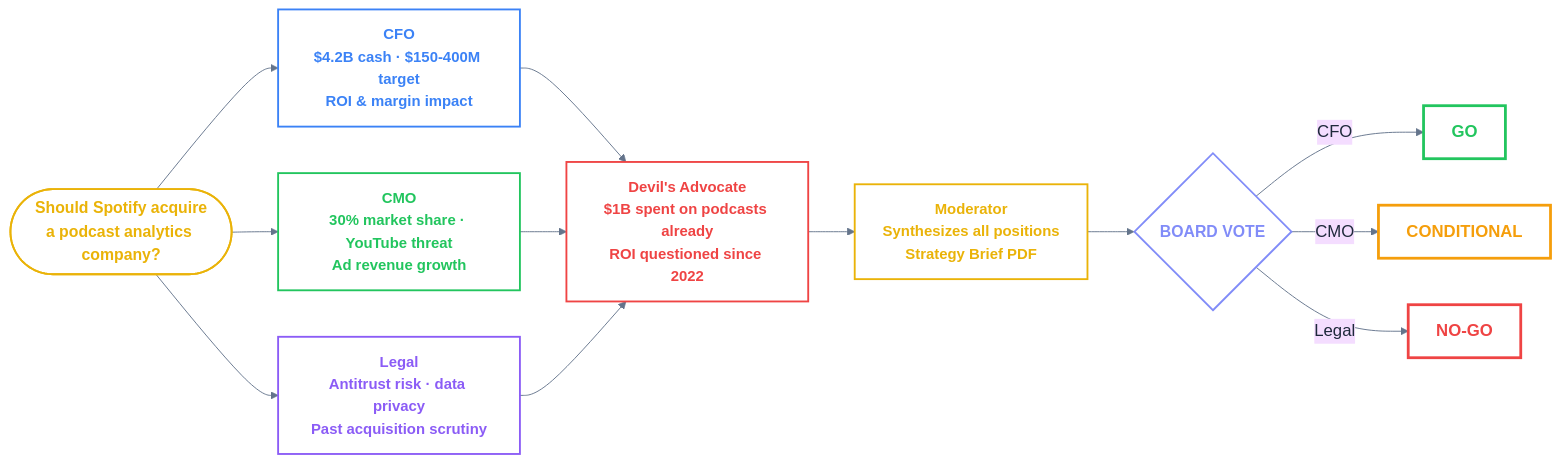
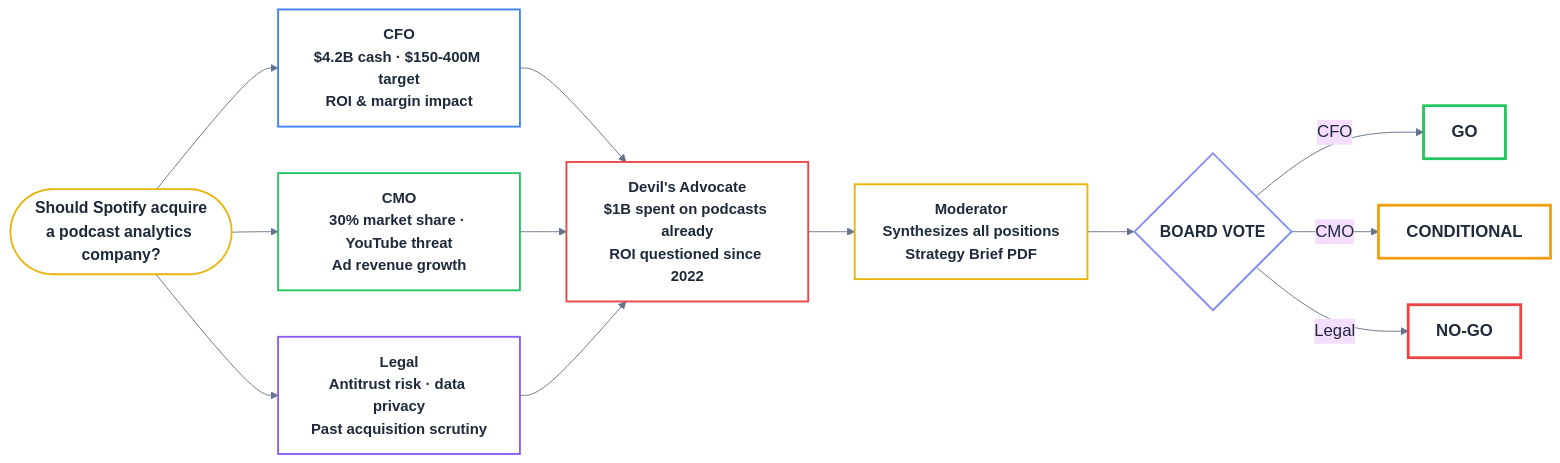
The second of 4 diagrams in README.md (Antarathapliyal31/ShadowBoard), drawn with Mermaid before and after one commit. The commit also changed other lines of this file, not shown here.

Commit message:
Change styles to use transparent fills in README

````diff
--- a/README.md
+++ b/README.md
@@ -152,31 +152,31 @@
 ```mermaid
 %%{init: {'theme': 'base', 'themeVariables': { 'fontSize': '18px', 'fontFamily': 'Segoe UI, Arial', 'primaryTextColor': '#1e293b', 'lineColor': '#64748b' }}}%%
 flowchart LR
     Q(["Should Spotify acquire\na podcast analytics company?"]):::qClass
 
     Q --> CFO["CFO\n$4.2B cash · $150-400M target\nROI & margin impact"]:::cfoClass
     Q --> CMO["CMO\n30% market share · YouTube threat\nAd revenue growth"]:::cmoClass
     Q --> LEG["Legal\nAntitrust risk · data privacy\nPast acquisition scrutiny"]:::legClass
 
     CFO --> DA["Devil's Advocate\n$1B spent on podcasts already\nROI questioned since 2022"]:::daClass
     CMO --> DA
     LEG --> DA
 
     DA --> MOD["Moderator\nSynthesizes all positions\nStrategy Brief PDF"]:::modClass
 
     MOD --> V{"BOARD VOTE"}:::voteClass
     V -->|"CFO"| GO["GO"]:::goClass
     V -->|"CMO"| COND["CONDITIONAL"]:::condClass
     V -->|"Legal"| NOGO["NO-GO"]:::nogoClass
 
-    classDef qClass fill:#fff,stroke:#eab308,color:#eab308,font-weight:bold,font-size:17px,stroke-width:2px
-    classDef cfoClass fill:#fff,stroke:#3b82f6,color:#3b82f6,font-weight:bold,font-size:16px,stroke-width:2px
-    classDef cmoClass fill:#fff,stroke:#22c55e,color:#22c55e,font-weight:bold,font-size:16px,stroke-width:2px
-    classDef legClass fill:#fff,stroke:#8b5cf6,color:#8b5cf6,font-weight:bold,font-size:16px,stroke-width:2px
-    classDef daClass fill:#fff,stroke:#ef4444,color:#ef4444,font-weight:bold,font-size:16px,stroke-width:2px
-    classDef modClass fill:#fff,stroke:#eab308,color:#eab308,font-weight:bold,font-size:16px,stroke-width:2px
-    classDef voteClass fill:#fff,stroke:#818cf8,color:#818cf8,font-weight:bold,font-size:17px,stroke-width:2px
-    classDef goClass fill:#fff,stroke:#22c55e,color:#22c55e,font-weight:bold,font-size:18px,stroke-width:3px
-    classDef condClass fill:#fff,stroke:#f59e0b,color:#f59e0b,font-weight:bold,font-size:18px,stroke-width:3px
-    classDef nogoClass fill:#fff,stroke:#ef4444,color:#ef4444,font-weight:bold,font-size:18px,stroke-width:3px
+    classDef qClass fill:transparent,stroke:#eab308,color:#1e293b,font-weight:bold,font-size:17px,stroke-width:2px
+    classDef cfoClass fill:transparent,stroke:#3b82f6,color:#1e293b,font-weight:bold,font-size:16px,stroke-width:2px
+    classDef cmoClass fill:transparent,stroke:#22c55e,color:#1e293b,font-weight:bold,font-size:16px,stroke-width:2px
+    classDef legClass fill:transparent,stroke:#8b5cf6,color:#1e293b,font-weight:bold,font-size:16px,stroke-width:2px
+    classDef daClass fill:transparent,stroke:#ef4444,color:#1e293b,font-weight:bold,font-size:16px,stroke-width:2px
+    classDef modClass fill:transparent,stroke:#eab308,color:#1e293b,font-weight:bold,font-size:16px,stroke-width:2px
+    classDef voteClass fill:transparent,stroke:#818cf8,color:#1e293b,font-weight:bold,font-size:17px,stroke-width:2px
+    classDef goClass fill:transparent,stroke:#22c55e,color:#1e293b,font-weight:bold,font-size:18px,stroke-width:3px
+    classDef condClass fill:transparent,stroke:#f59e0b,color:#1e293b,font-weight:bold,font-size:18px,stroke-width:3px
+    classDef nogoClass fill:transparent,stroke:#ef4444,color:#1e293b,font-weight:bold,font-size:18px,stroke-width:3px
 ```
````
